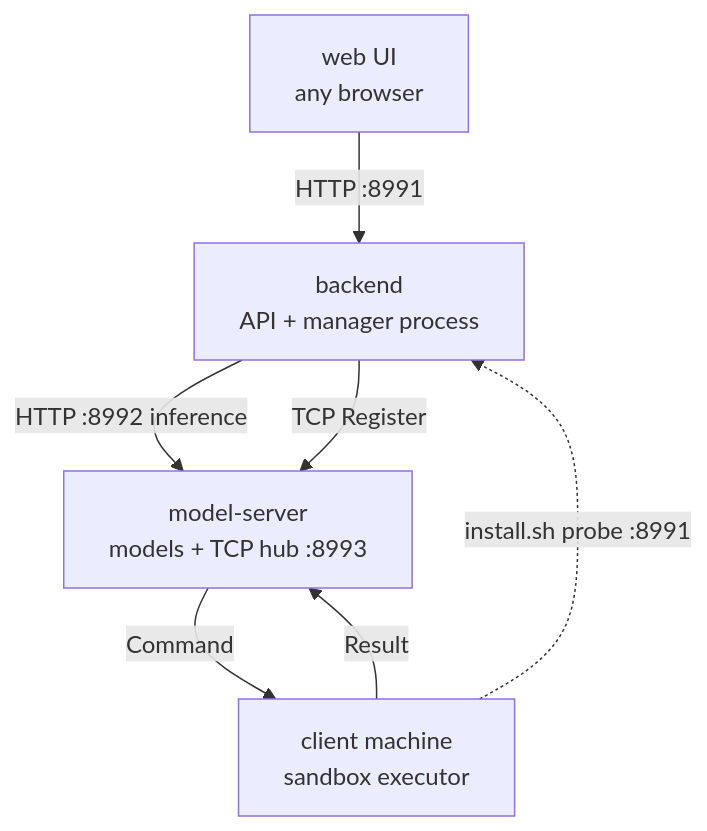
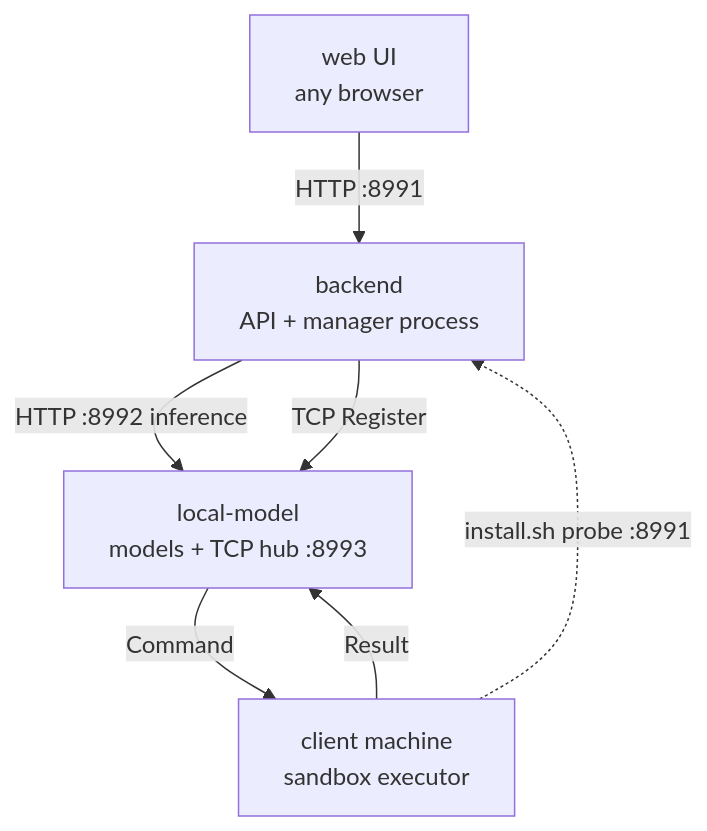
The first of 8 diagrams in docs/remote-clients.md (lidm0707/susutaku), drawn with Mermaid before and after one commit. The commit also changed other lines of this file and 87 other files, not shown here.

Commit message:
chat: route unknown agent models to zai like agents-page test; model_server removal, sandbox and codex auth updates

````diff
--- a/docs/remote-clients.md
+++ b/docs/remote-clients.md
@@ -20,9 +20,9 @@
 ```mermaid
 flowchart TD
     W[web UI<br/>any browser] -->|HTTP :8991| B[backend<br/>API + manager process]
-    B -->|HTTP :8992 inference| M[model-server<br/>models + TCP hub :8993]
+    B -->|HTTP :8992 inference| M[local-model<br/>models + TCP hub :8993]
     B -->|TCP Register| M
     M -->|Command| C[client machine<br/>sandbox executor]
     C -->|Result| M
     C -.->|install.sh probe :8991| B
 ```
````
